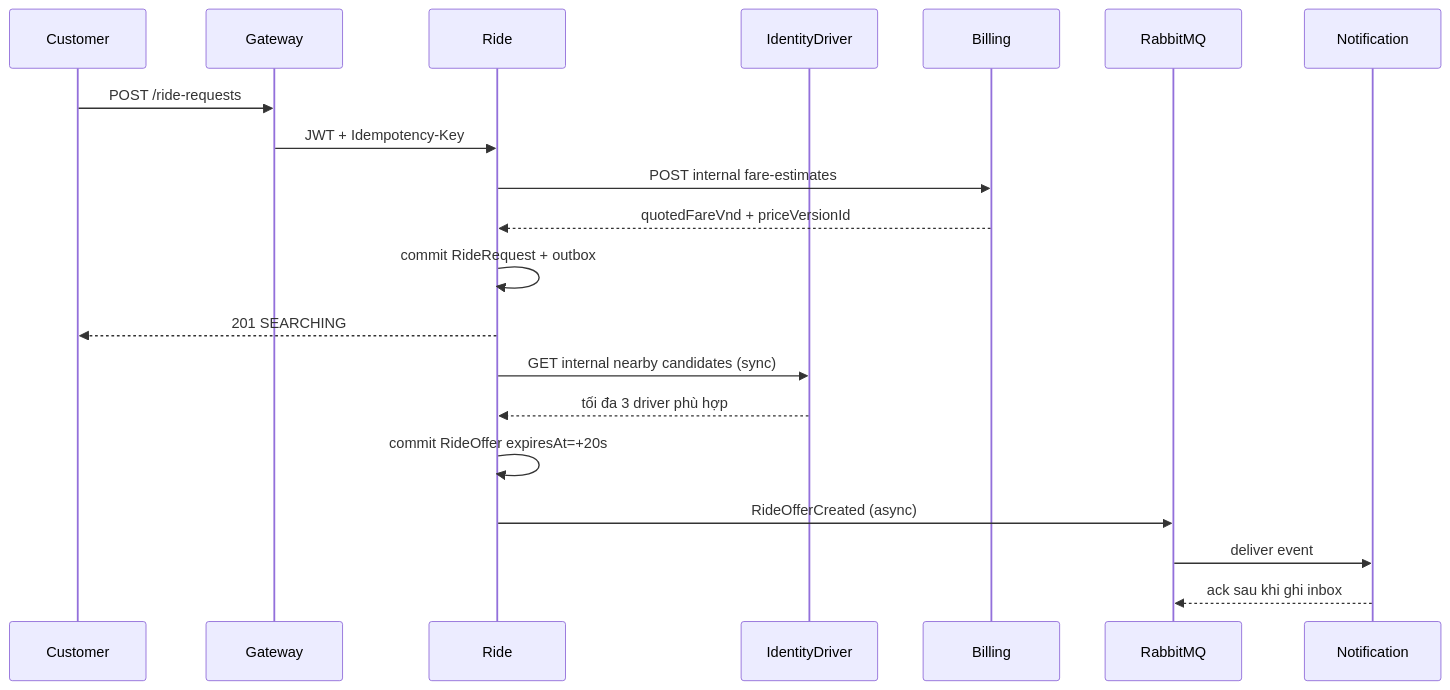
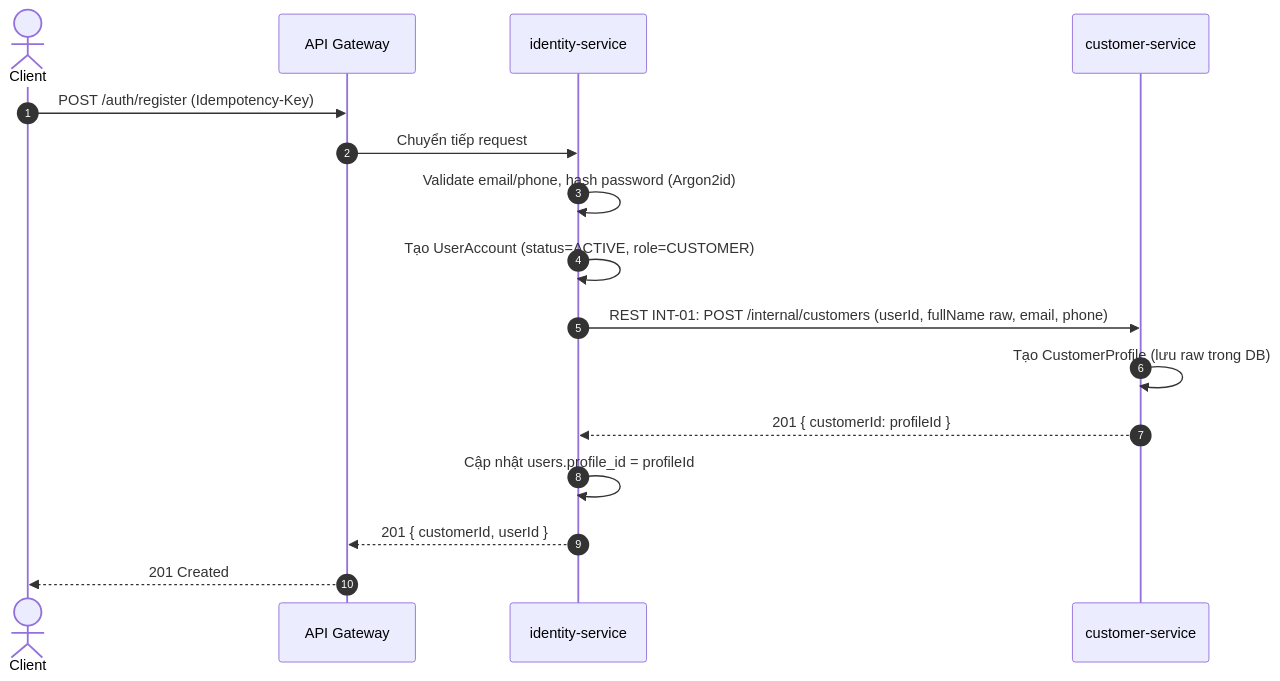
The third of 10 diagrams in microservice_design.md (HHT777/23659411_HuynhHuuTuan_CABsystem), drawn with Mermaid before and after one commit. The commit also changed other lines of this file and 3 other files, not shown here.

````diff
--- a/microservice_design.md
+++ b/microservice_design.md
@@ -222,22 +487,19 @@
 ```mermaid
 sequenceDiagram
-  participant C as Customer
-  participant G as Gateway
-  participant R as Ride
-  participant I as IdentityDriver
-  participant B as Billing
-  participant Q as RabbitMQ
-  participant N as Notification
-  C->>G: POST /ride-requests
-  G->>R: JWT + Idempotency-Key
-  R->>B: POST internal fare-estimates
-  B-->>R: quotedFareVnd + priceVersionId
-  R->>R: commit RideRequest + outbox
-  R-->>C: 201 SEARCHING
-  R->>I: GET internal nearby candidates (sync)
-  I-->>R: tối đa 3 driver phù hợp
-  R->>R: commit RideOffer expiresAt=+20s
-  R->>Q: RideOfferCreated (async)
-  Q->>N: deliver event
-  N-->>Q: ack sau khi ghi inbox
+  autonumber
+  actor Client
+  participant G as API Gateway
+  participant I as identity-service
+  participant C as customer-service
+
+  Client->>G: POST /auth/register (Idempotency-Key)
+  G->>I: Chuyển tiếp request
+  I->>I: Validate email/phone, hash password (Argon2id)
+  I->>I: Tạo UserAccount (status=ACTIVE, role=CUSTOMER)
+  I->>C: REST INT-01: POST /internal/customers (userId, fullName raw, email, phone)
+  C->>C: Tạo CustomerProfile (lưu raw trong DB)
+  C-->>I: 201 { customerId: profileId }
+  I->>I: Cập nhật users.profile_id = profileId
+  I-->>G: 201 { customerId, userId }
+  G-->>Client: 201 Created
 ```
````
